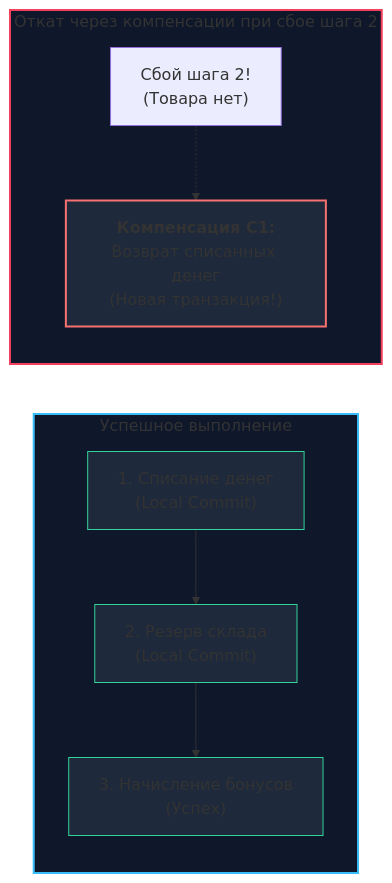
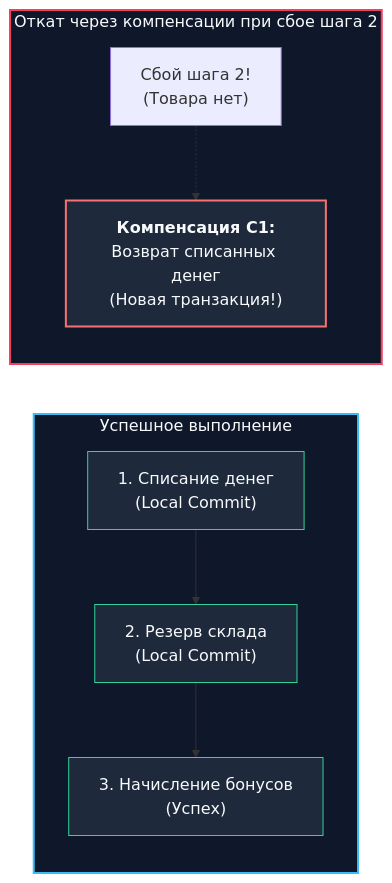
Before and after one commit to UnrealTemplier/go-textbook: the second of 2 diagrams in sources/12. Базы данных/08. Распределенные базы данных/8. Distributed transactions.md, drawn with Mermaid. The commit also changed 310 other files, not shown here.

First line of the commit message:
fix(mermaid): replace light fill colors with dark palette for readability on dark theme

````diff
--- a/sources/12. Базы данных/08. Распределенные базы данных/8. Distributed transactions.md
+++ b/sources/12. Базы данных/08. Распределенные базы данных/8. Distributed transactions.md
@@ -75,18 +75,18 @@
 ```mermaid
 flowchart LR
     subgraph HappyPath ["Успешное выполнение"]
         T1["1. Списание денег<br>(Local Commit)"] --> T2["2. Резерв склада<br>(Local Commit)"]
         T2 --> T3["3. Начисление бонусов<br>(Успех)"]
     end
 
     subgraph CompensationPath ["Откат через компенсации при сбое шага 2"]
         Fail["Сбой шага 2!<br>(Товара нет)"] -.-> C1["<b>Компенсация C1:</b><br>Возврат списанных денег<br>(Новая транзакция!)"]
     end
 
-    style HappyPath fill:#0f172a,stroke:#38bdf8,stroke-width:2px
-    style CompensationPath fill:#0f172a,stroke:#f43f5e,stroke-width:2px
-    style T1 fill:#1e293b,stroke:#34d399,stroke-width:1px
-    style T2 fill:#1e293b,stroke:#34d399,stroke-width:1px
-    style T3 fill:#1e293b,stroke:#34d399,stroke-width:1px
-    style C1 fill:#1e293b,stroke:#f87171,stroke-width:2px
+    style HappyPath fill:#0f172a,stroke:#38bdf8,stroke-width:2px,color:#f8fafc
+    style CompensationPath fill:#0f172a,stroke:#f43f5e,stroke-width:2px,color:#f8fafc
+    style T1 fill:#1e293b,stroke:#34d399,stroke-width:1px,color:#f8fafc
+    style T2 fill:#1e293b,stroke:#34d399,stroke-width:1px,color:#f8fafc
+    style T3 fill:#1e293b,stroke:#34d399,stroke-width:1px,color:#f8fafc
+    style C1 fill:#1e293b,stroke:#f87171,stroke-width:2px,color:#f8fafc
 ```
````
